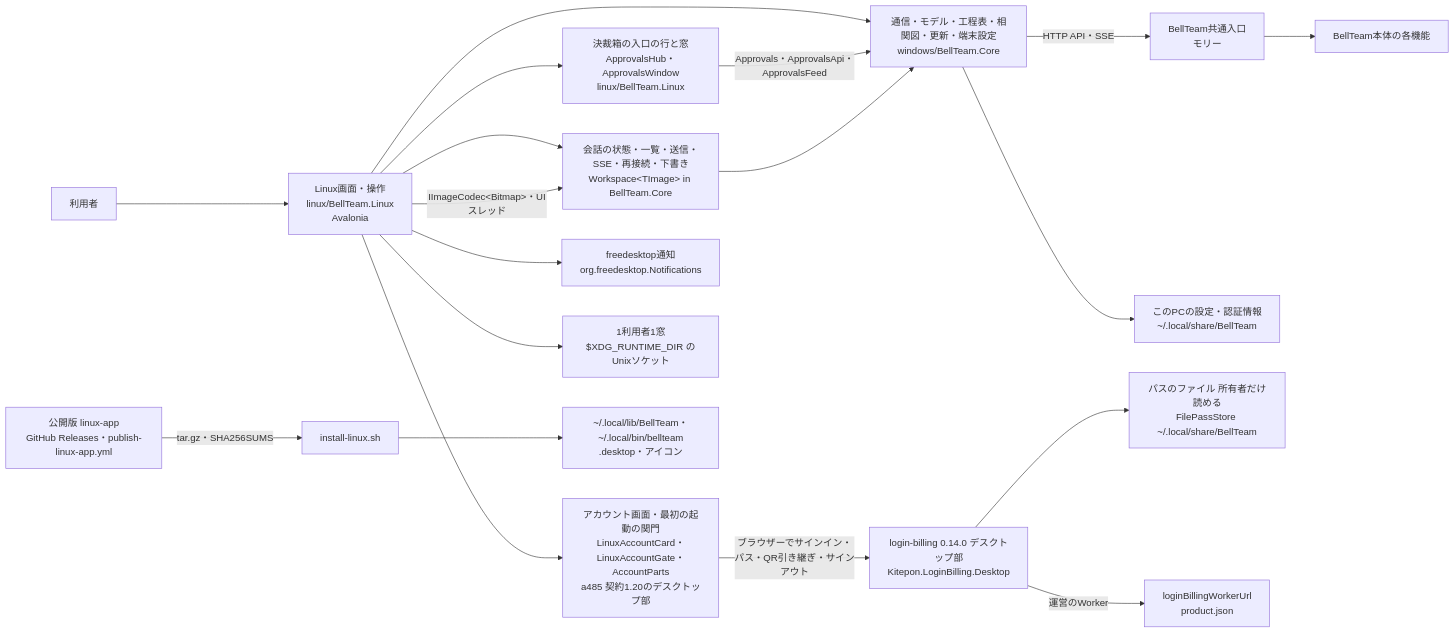
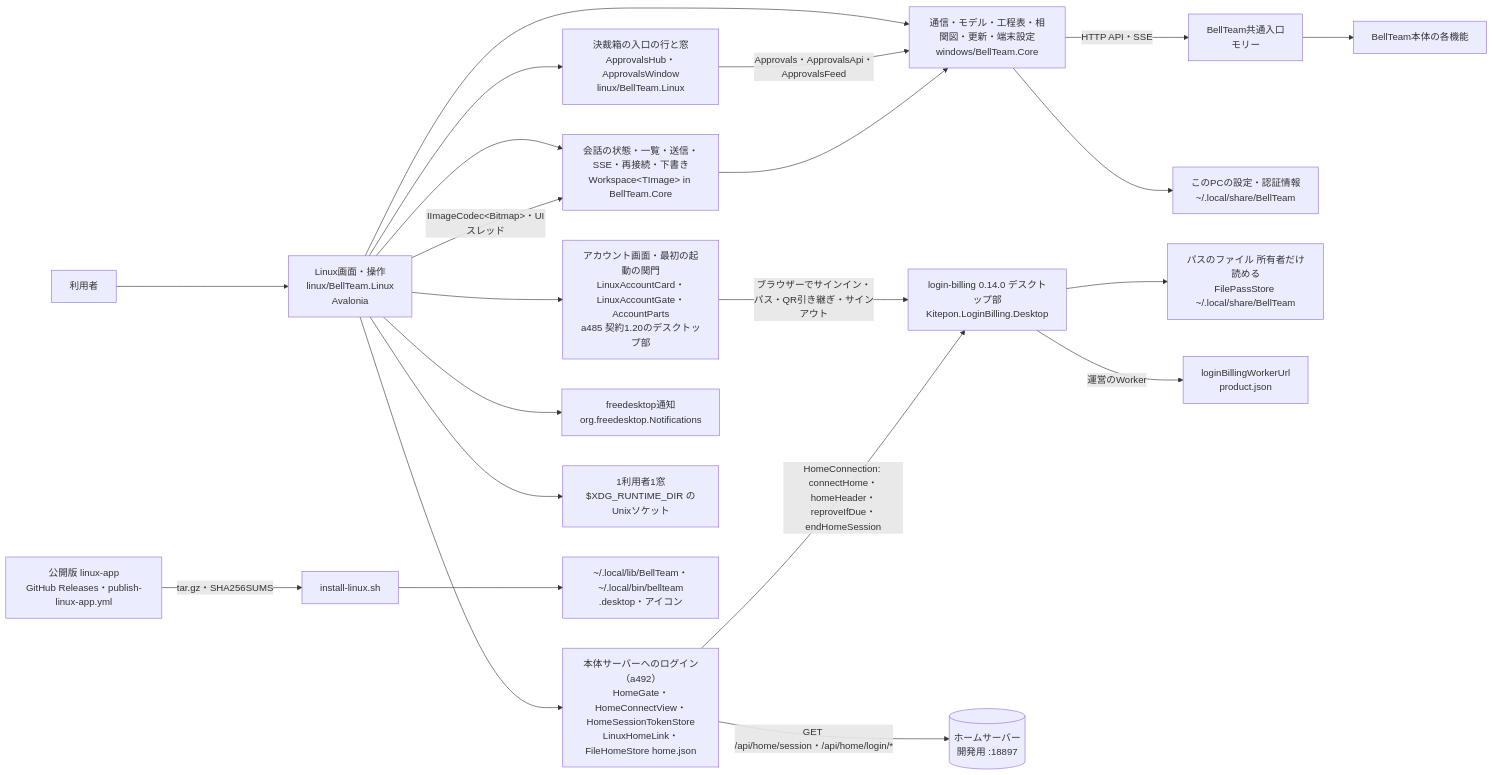
Before and after one commit to kitepon/BellTeam: the first of 3 diagrams in docs/linux-architecture.md, drawn with Mermaid. The commit also changed other lines of this file and 20 other files, not shown here.

First line of the commit message:
a492 Android + Linux: log in to the home server with login-billing 0.16.0 HomeConnection (development release, do not ship)

````diff
--- a/docs/linux-architecture.md
+++ b/docs/linux-architecture.md
@@ -9,21 +9,24 @@
 ```mermaid
 flowchart LR
   user[利用者] --> ui[Linux画面・操作<br/>linux/BellTeam.Linux<br/>Avalonia]
   ui --> ws[会話の状態・一覧・送信・SSE・再接続・下書き<br/>Workspace&lt;TImage&gt; in BellTeam.Core]
   ui --> core[通信・モデル・工程表・相関図・更新・端末設定<br/>windows/BellTeam.Core]
   ui --> abx[決裁箱の入口の行と窓<br/>ApprovalsHub・ApprovalsWindow<br/>linux/BellTeam.Linux]
   abx -->|Approvals・ApprovalsApi・ApprovalsFeed| core
   ws --> core
   ui -->|IImageCodec&lt;Bitmap&gt;・UIスレッド| ws
   core -->|HTTP API・SSE| integration[BellTeam共通入口<br/>モリー]
   core --> local[このPCの設定・認証情報<br/>~/.local/share/BellTeam]
   ui --> account[アカウント画面・最初の起動の関門<br/>LinuxAccountCard・LinuxAccountGate・AccountParts<br/>a485 契約1.20のデスクトップ部]
   account -->|ブラウザーでサインイン・パス・QR引き継ぎ・サインアウト| lib[login-billing 0.14.0 デスクトップ部<br/>Kitepon.LoginBilling.Desktop]
   lib --> pass[パスのファイル 所有者だけ読める<br/>FilePassStore ~/.local/share/BellTeam]
   lib -->|運営のWorker| worker[loginBillingWorkerUrl<br/>product.json]
+  ui --> homelink[本体サーバーへのログイン（a492）<br/>HomeGate・HomeConnectView・HomeSessionTokenStore<br/>LinuxHomeLink・FileHomeStore home.json]
+  homelink -->|HomeConnection: connectHome・homeHeader・reproveIfDue・endHomeSession| lib
+  homelink -->|GET /api/home/session・/api/home/login/*| home[(ホームサーバー<br/>開発用 :18897)]
   ui --> notify[freedesktop通知<br/>org.freedesktop.Notifications]
   ui --> single[1利用者1窓<br/>$XDG_RUNTIME_DIR のUnixソケット]
   release[公開版 linux-app<br/>GitHub Releases・publish-linux-app.yml] -->|tar.gz・SHA256SUMS| install[install-linux.sh]
   install --> files[~/.local/lib/BellTeam・~/.local/bin/bellteam<br/>.desktop・アイコン]
   integration --> server[BellTeam本体の各機能]
 ```
````
